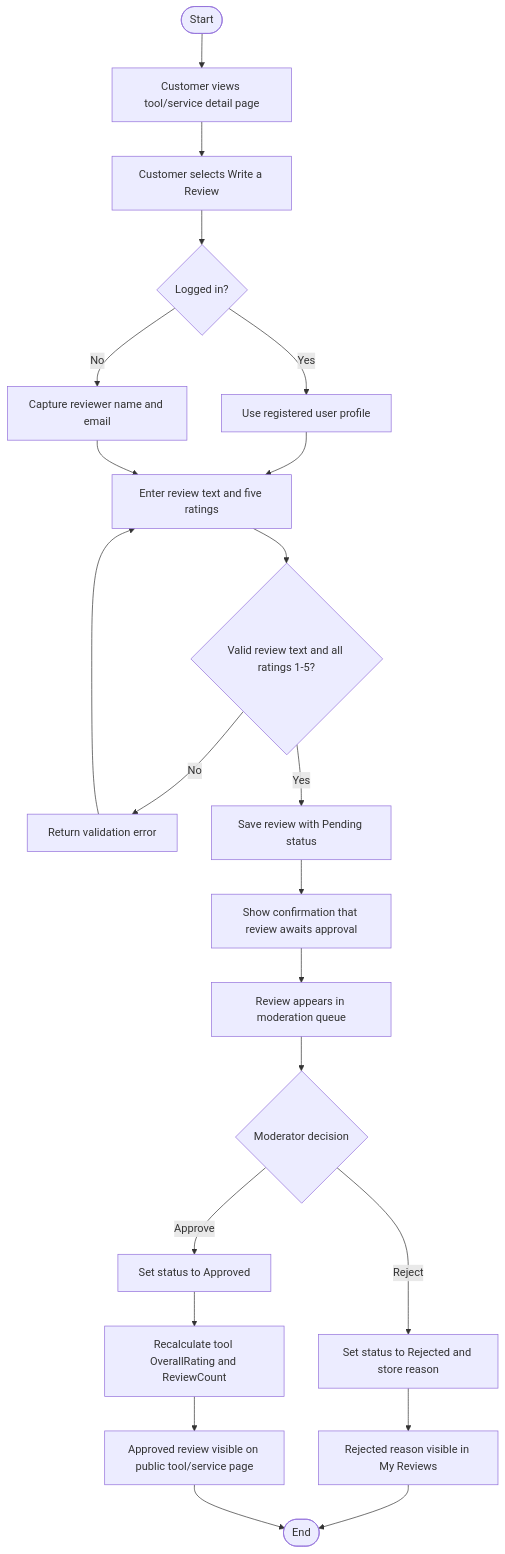
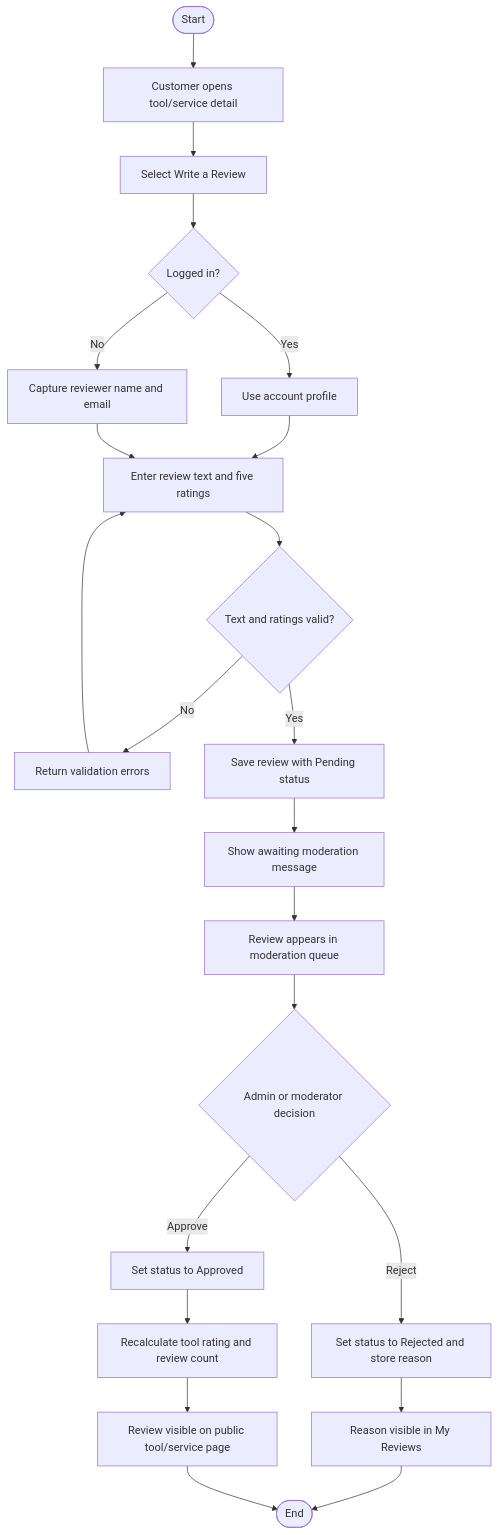
Before and after one commit to SEPP-2026/ReviewPortal-API: the third of 10 diagrams in docs/FUNCTIONAL-DESIGN-DIAGRAMS.md, drawn with Mermaid. The commit also changed other lines of this file and 5 other files, not shown here.

Commit message:
Update Diagrams

````diff
--- a/docs/FUNCTIONAL-DESIGN-DIAGRAMS.md
+++ b/docs/FUNCTIONAL-DESIGN-DIAGRAMS.md
@@ -248,32 +300,32 @@
 ```mermaid
 flowchart TD
     Start([Start])
-    ViewTool["Customer views tool/service detail page"]
-    ChooseReview["Customer selects Write a Review"]
-    AuthDecision{"Logged in?"}
-    UseProfile["Use registered user profile"]
-    CaptureAnon["Capture reviewer name and email"]
-    CompleteForm["Enter review text and five ratings"]
-    ValidateForm{"Valid review text and all ratings 1-5?"}
-    ValidationError["Return validation error"]
+    ViewTool["Customer opens tool/service detail"]
+    SelectReview["Select Write a Review"]
+    AuthCheck{"Logged in?"}
+    UseAccount["Use account profile"]
+    CaptureGuest["Capture reviewer name and email"]
+    CompleteReview["Enter review text and five ratings"]
+    ValidateReview{"Text and ratings valid?"}
+    ReturnValidation["Return validation errors"]
     SavePending["Save review with Pending status"]
-    Confirmation["Show confirmation that review awaits approval"]
+    ShowPending["Show awaiting moderation message"]
     Queue["Review appears in moderation queue"]
-    ModeratorDecision{"Moderator decision"}
+    Decision{"Admin or moderator decision"}
     Reject["Set status to Rejected and store reason"]
-    NotifyRejected["Rejected reason visible in My Reviews"]
+    ShowReason["Reason visible in My Reviews"]
     Approve["Set status to Approved"]
-    Recalculate["Recalculate tool OverallRating and ReviewCount"]
-    Publish["Approved review visible on public tool/service page"]
+    Recalculate["Recalculate tool rating and review count"]
+    Publish["Review visible on public tool/service page"]
     End([End])
 
-    Start --> ViewTool --> ChooseReview --> AuthDecision
-    AuthDecision -->|Yes| UseProfile --> CompleteForm
-    AuthDecision -->|No| CaptureAnon --> CompleteForm
-    CompleteForm --> ValidateForm
-    ValidateForm -->|No| ValidationError --> CompleteForm
-    ValidateForm -->|Yes| SavePending --> Confirmation --> Queue
-    Queue --> ModeratorDecision
-    ModeratorDecision -->|Reject| Reject --> NotifyRejected --> End
-    ModeratorDecision -->|Approve| Approve --> Recalculate --> Publish --> End
+    Start --> ViewTool --> SelectReview --> AuthCheck
+    AuthCheck -->|Yes| UseAccount --> CompleteReview
+    AuthCheck -->|No| CaptureGuest --> CompleteReview
+    CompleteReview --> ValidateReview
+    ValidateReview -->|No| ReturnValidation --> CompleteReview
+    ValidateReview -->|Yes| SavePending --> ShowPending --> Queue
+    Queue --> Decision
+    Decision -->|Reject| Reject --> ShowReason --> End
+    Decision -->|Approve| Approve --> Recalculate --> Publish --> End
 ```
````
